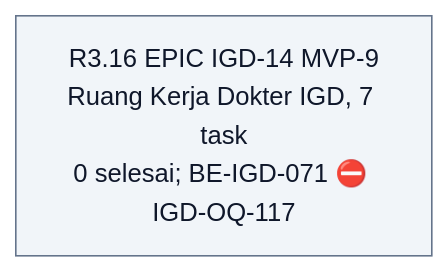
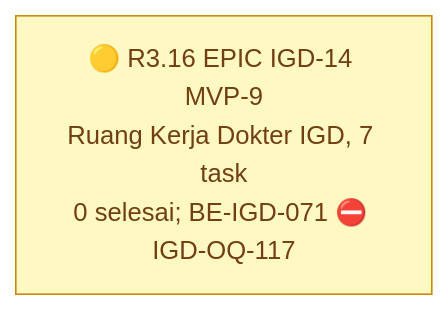
One commit to DevBenari/NewQuilvianSystemBackend changed the second of 15 diagrams in docs/module-blueprints/igd/roadmap/backend-roadmap.md. Above: the diagram before and after it, drawn with Mermaid (base theme). The commit also changed other lines of this file and 11 other files, not shown here.

Commit message:
membuat proses pemeriksaan dokter igd

````diff
--- a/docs/module-blueprints/igd/roadmap/backend-roadmap.md
+++ b/docs/module-blueprints/igd/roadmap/backend-roadmap.md
@@ -187,10 +187,10 @@
 ```mermaid
 flowchart LR
     classDef selesai fill:#DCFCE7,stroke:#16A34A,color:#14532D
     classDef sebagian fill:#FEF9C3,stroke:#CA8A04,color:#713F12
     classDef terblokir fill:#FEE2E2,stroke:#DC2626,color:#7F1D1D
     classDef belum fill:#F1F5F9,stroke:#64748B,color:#0F172A
     classDef luar fill:#EDE9FE,stroke:#7C3AED,color:#3B0764
 
-    R316["R3.16 EPIC IGD-14 MVP-9<br/>Ruang Kerja Dokter IGD, 7 task<br/>0 selesai; BE-IGD-071 ⛔ IGD-OQ-117"]:::belum
+    R316["🟡 R3.16 EPIC IGD-14 MVP-9<br/>Ruang Kerja Dokter IGD, 7 task<br/>0 selesai; BE-IGD-071 ⛔ IGD-OQ-117"]:::sebagian
 ```
````
